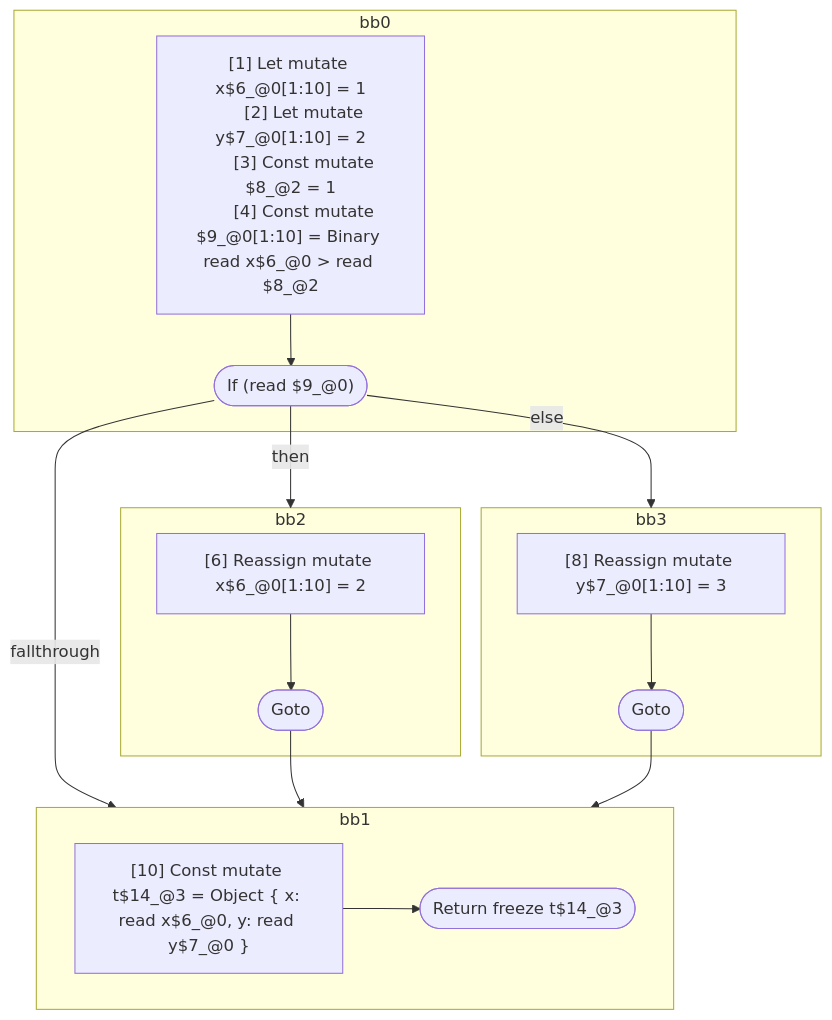
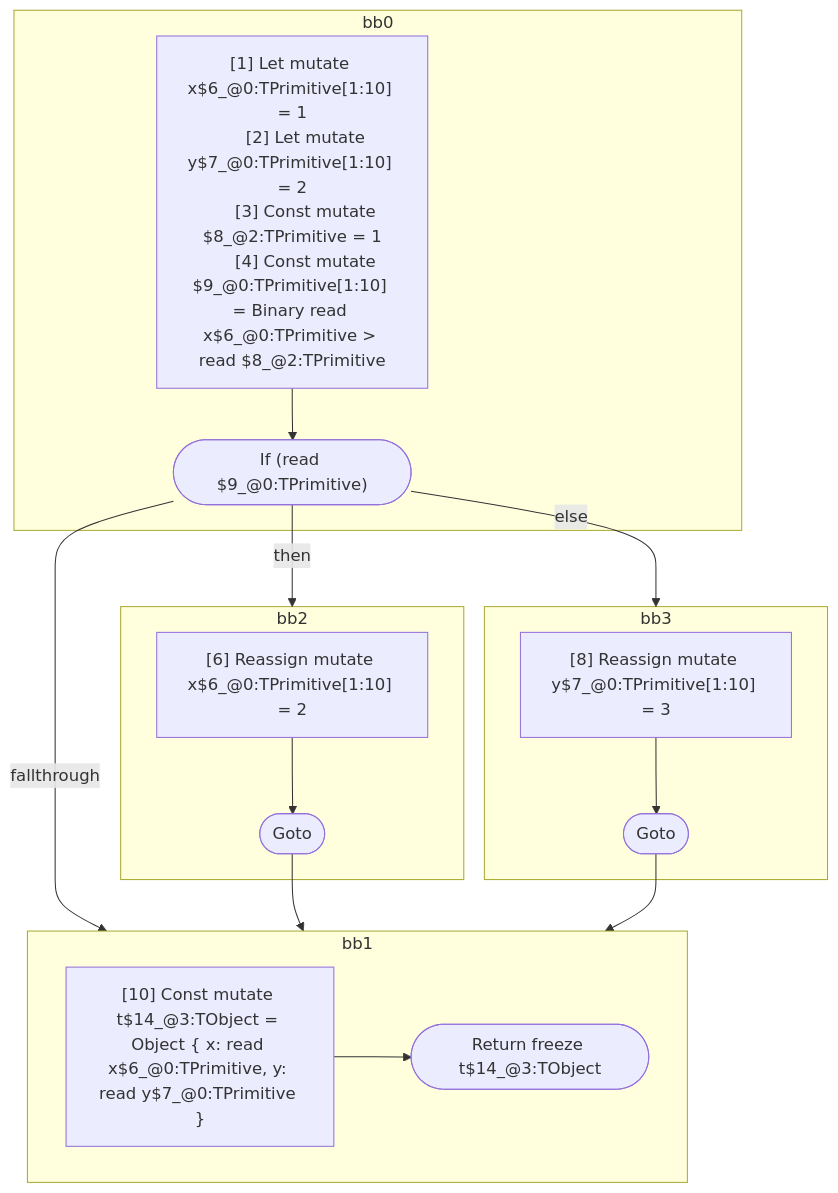
One commit to wutsmog/private changed the diagram in compiler/forget/src/__tests__/fixtures/hir/ssa-objectexpression-phi.expect.md. Above: the diagram before and after it, drawn with Mermaid. The commit also changed other lines of this file and 112 other files, not shown here.

````diff
--- a/compiler/forget/src/__tests__/fixtures/hir/ssa-objectexpression-phi.expect.md
+++ b/compiler/forget/src/__tests__/fixtures/hir/ssa-objectexpression-phi.expect.md
@@ -73,39 +73,39 @@
 ```mermaid
 flowchart TB
   %% Basic Blocks
   subgraph bb0
     bb0_instrs["
-      [1] Let mutate x$6_@0[1:10] = 1
-      [2] Let mutate y$7_@0[1:10] = 2
-      [3] Const mutate $8_@2 = 1
-      [4] Const mutate $9_@0[1:10] = Binary read x$6_@0 > read $8_@2
+      [1] Let mutate x$6_@0:TPrimitive[1:10] = 1
+      [2] Let mutate y$7_@0:TPrimitive[1:10] = 2
+      [3] Const mutate $8_@2:TPrimitive = 1
+      [4] Const mutate $9_@0:TPrimitive[1:10] = Binary read x$6_@0:TPrimitive > read $8_@2:TPrimitive
     "]
-    bb0_instrs --> bb0_terminal(["If (read $9_@0)"])
+    bb0_instrs --> bb0_terminal(["If (read $9_@0:TPrimitive)"])
   end
   subgraph bb2
     bb2_instrs["
-      [6] Reassign mutate x$6_@0[1:10] = 2
+      [6] Reassign mutate x$6_@0:TPrimitive[1:10] = 2
     "]
     bb2_instrs --> bb2_terminal(["Goto"])
   end
   subgraph bb3
     bb3_instrs["
-      [8] Reassign mutate y$7_@0[1:10] = 3
+      [8] Reassign mutate y$7_@0:TPrimitive[1:10] = 3
     "]
     bb3_instrs --> bb3_terminal(["Goto"])
   end
   subgraph bb1
     bb1_instrs["
-      [10] Const mutate t$14_@3 = Object { x: read x$6_@0, y: read y$7_@0 }
+      [10] Const mutate t$14_@3:TObject = Object { x: read x$6_@0:TPrimitive, y: read y$7_@0:TPrimitive }
     "]
-    bb1_instrs --> bb1_terminal(["Return freeze t$14_@3"])
+    bb1_instrs --> bb1_terminal(["Return freeze t$14_@3:TObject"])
   end
 
   %% Jumps
   bb0_terminal -- "then" --> bb2
   bb0_terminal -- "else" --> bb3
   bb0_terminal -- "fallthrough" --> bb1
   bb2_terminal --> bb1
   bb3_terminal --> bb1
 
 ```
````
